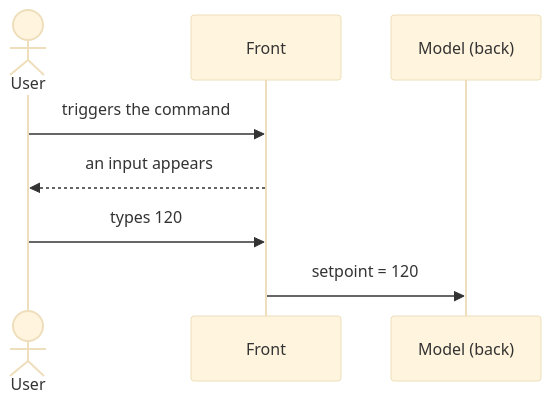
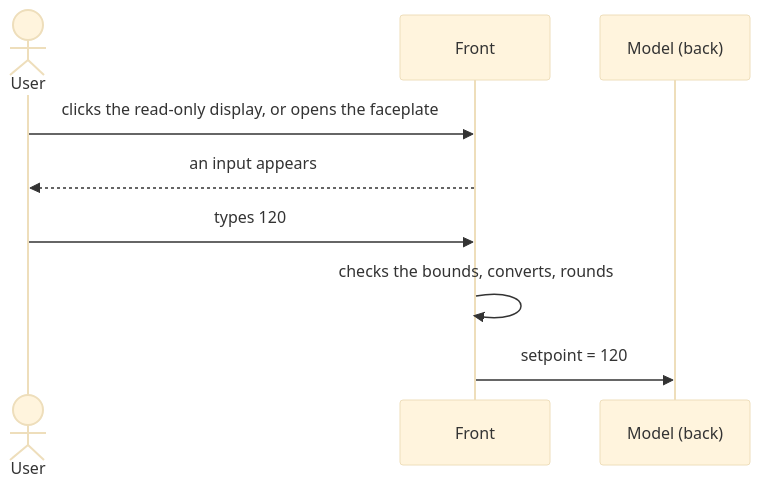
Before and after one commit to AlexandreGallais/synoptic-studio-spec: the third of 3 diagrams in metadata/07-commands.md, drawn with Mermaid (base theme). The commit also changed other lines of this file and 1 other file, not shown here.

````diff
--- a/metadata/07-commands.md
+++ b/metadata/07-commands.md
@@ -49,10 +56,11 @@
 ```mermaid
 sequenceDiagram
     actor U as User
     participant F as Front
     participant M as Model (back)
-    U->>F: triggers the command
+    U->>F: clicks the read-only display, or opens the faceplate
     F-->>U: an input appears
     U->>F: types 120
+    F->>F: checks the bounds, converts, rounds
     F->>M: setpoint = 120
 ```
````
